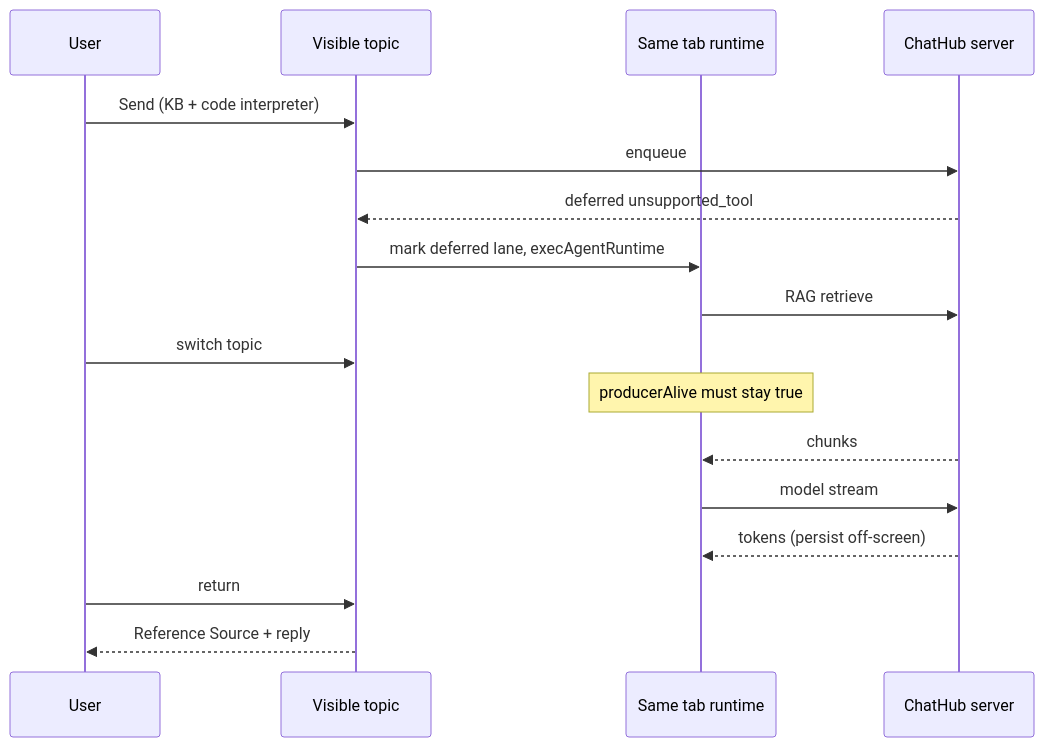
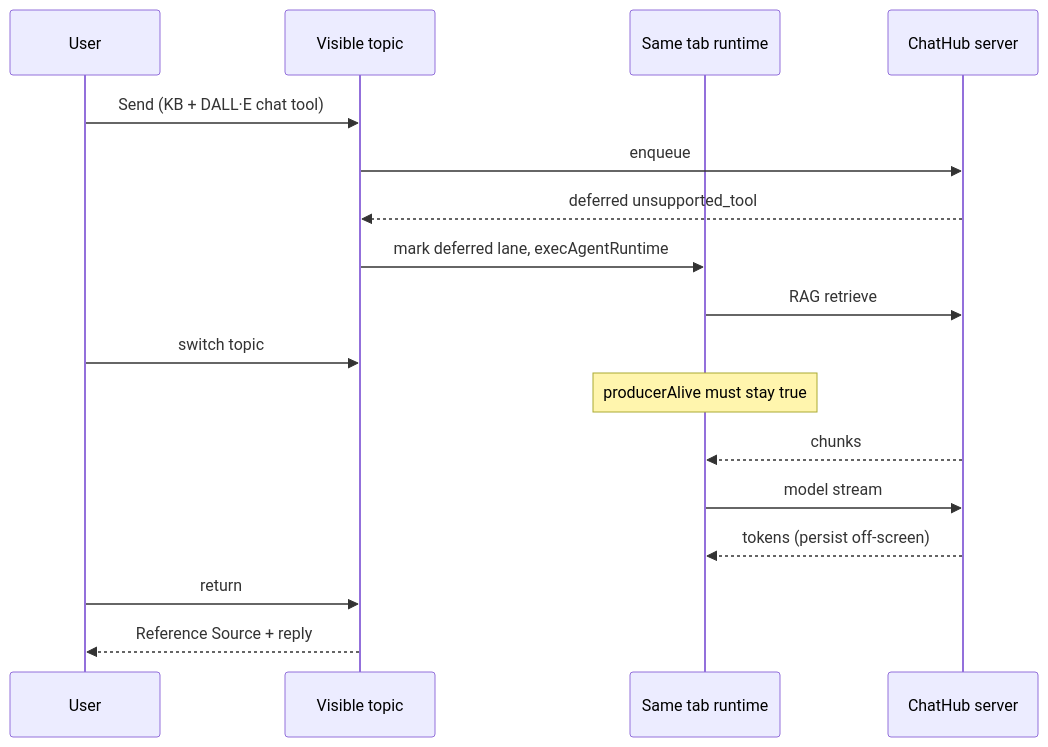
Before and after one commit to lqdflying/chathub: the second of 2 diagrams in openwiki/architecture/claude-like-background-generation.md, drawn with Mermaid. The commit also changed other lines of this file and 15 other files, not shown here.

First line of the commit message:
🐛 fix(generation): keep search turns on Graphile when Code Interpreter is enabled

````diff
--- a/openwiki/architecture/claude-like-background-generation.md
+++ b/openwiki/architecture/claude-like-background-generation.md
@@ -122,20 +125,20 @@
 ```mermaid
 sequenceDiagram
   participant U as User
   participant UI as Visible topic
   participant Tab as Same tab runtime
   participant API as ChatHub server
 
-  U->>UI: Send (KB + code interpreter)
+  U->>UI: Send (KB + DALL·E chat tool)
   UI->>API: enqueue
   API-->>UI: deferred unsupported_tool
   UI->>Tab: mark deferred lane, execAgentRuntime
   Tab->>API: RAG retrieve
   U->>UI: switch topic
   Note over Tab: producerAlive must stay true
   API-->>Tab: chunks
   Tab->>API: model stream
   API-->>Tab: tokens (persist off-screen)
   U->>UI: return
   UI-->>U: Reference Source + reply
 ```
````
